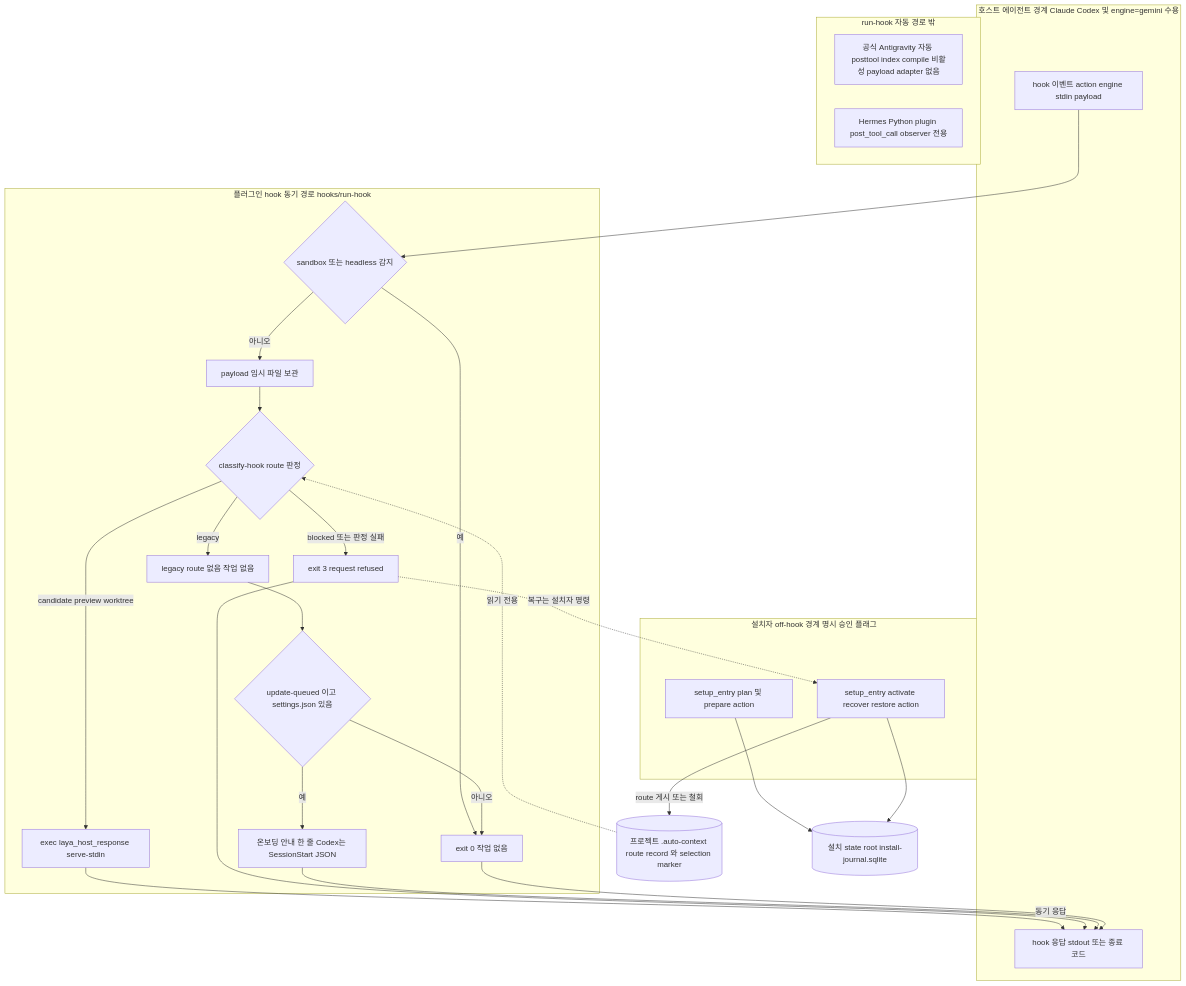
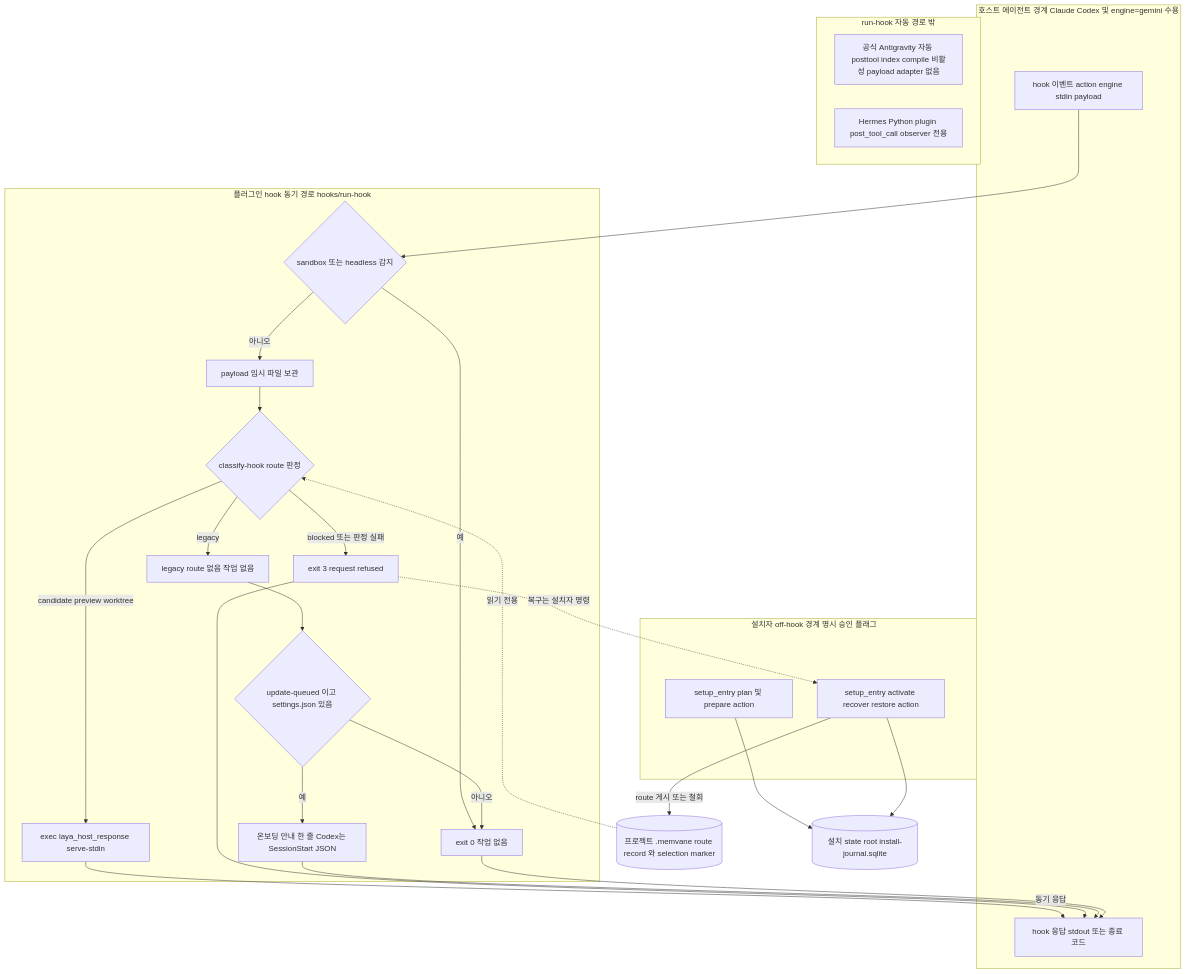
The diagram in docs/architecture/flows/01-install-host-hooks.md (zbdulee/memvane), drawn with Mermaid before and after one commit. The commit also changed other lines of this file and 30 other files, not shown here.

````diff
--- a/docs/architecture/flows/01-install-host-hooks.md
+++ b/docs/architecture/flows/01-install-host-hooks.md
@@ -11,48 +11,48 @@
 ```mermaid
 flowchart TD
   subgraph HOST["호스트 에이전트 경계 Claude Codex 및 engine=gemini 수용"]
     EV["hook 이벤트 action engine stdin payload"]
     OUT["hook 응답 stdout 또는 종료 코드"]
   end
   subgraph LIMIT["run-hook 자동 경로 밖"]
     AG["공식 Antigravity 자동 posttool index compile 비활성 payload adapter 없음"]
     HM["Hermes Python plugin post_tool_call observer 전용"]
   end
   subgraph HOOK["플러그인 hook 동기 경로 hooks/run-hook"]
     SB{"sandbox 또는 headless 감지"}
     PL["payload 임시 파일 보관"]
     RT{"classify-hook route 판정"}
     CA["exec laya_host_response serve-stdin"]
     BL["exit 3 request refused"]
     LG["legacy route 없음 작업 없음"]
     ON{"update-queued 이고 settings.json 있음"}
     NT["온보딩 안내 한 줄 Codex는 SessionStart JSON"]
     NOP["exit 0 작업 없음"]
   end
   subgraph INST["설치자 off-hook 경계 명시 승인 플래그"]
     IP["setup_entry plan 및 prepare action"]
     IA["setup_entry activate recover restore action"]
   end
-  RS[("프로젝트 .auto-context route record 와 selection marker")]
+  RS[("프로젝트 .memvane route record 와 selection marker")]
   JS[("설치 state root install-journal.sqlite")]
 
   EV --> SB
   SB -->|"예"| NOP
   SB -->|"아니오"| PL
   PL --> RT
   RS -.->|"읽기 전용"| RT
   RT -->|"candidate preview worktree"| CA
   CA -->|"동기 응답"| OUT
   RT -->|"blocked 또는 판정 실패"| BL
   BL --> OUT
   RT -->|"legacy"| LG
   LG --> ON
   ON -->|"예"| NT
   NT --> OUT
   ON -->|"아니오"| NOP
   NOP --> OUT
   IP --> JS
   IA --> JS
   IA -->|"route 게시 또는 철회"| RS
   BL -.->|"복구는 설치자 명령"| IA
 ```
````
